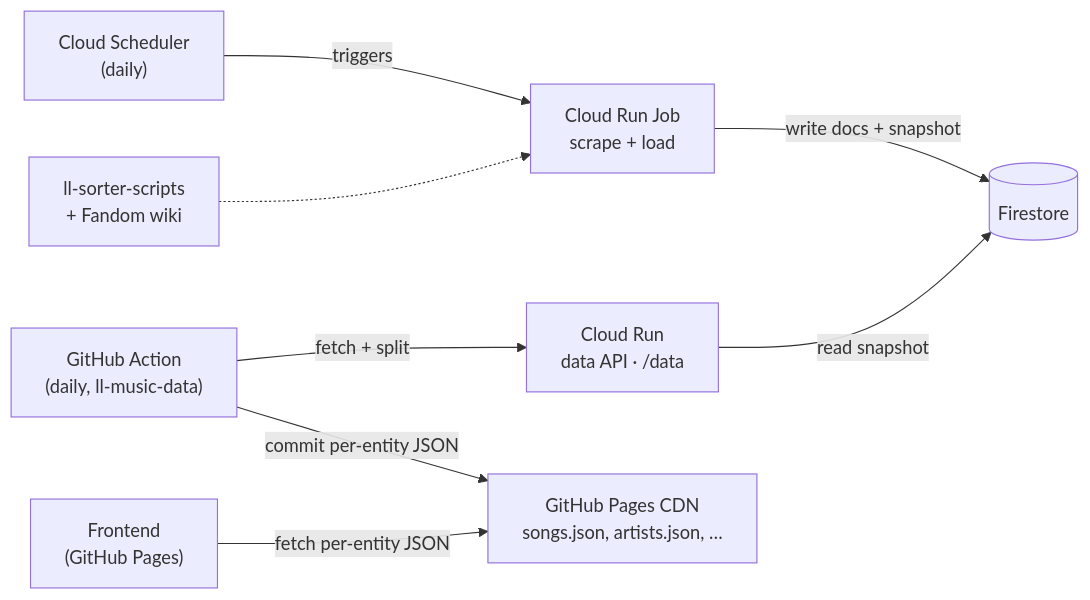
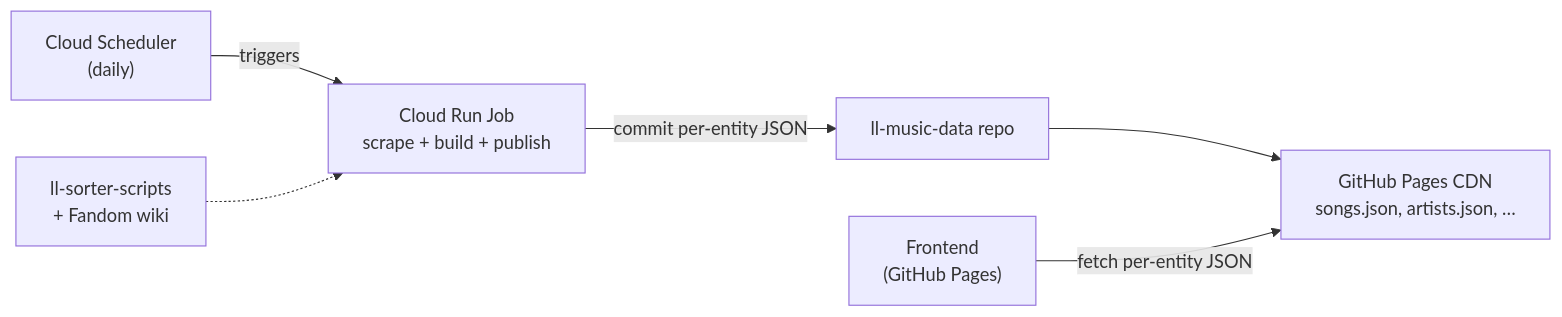
Before and after one commit to mting314/ll-music-reactions: the diagram in README.md, drawn with Mermaid. The commit also changed other lines of this file and 16 other files, not shown here.

First line of the commit message:
Publish JSON from the pipeline job; drop Firestore + data-api (#31)

````diff
--- a/README.md
+++ b/README.md
@@ -79,10 +78,8 @@
 ```mermaid
 flowchart LR
-    SCH["Cloud Scheduler<br/>(daily)"] -->|triggers| JOB["Cloud Run Job<br/>scrape + load"]
+    SCH["Cloud Scheduler<br/>(daily)"] -->|triggers| JOB["Cloud Run Job<br/>scrape + build + publish"]
     SCRIPTS["ll-sorter-scripts<br/>+ Fandom wiki"] -.-> JOB
-    JOB -->|write docs + snapshot| FS[("Firestore")]
-    API["Cloud Run<br/>data API · /data"] -->|read snapshot| FS
-    GHA["GitHub Action<br/>(daily, ll-music-data)"] -->|fetch + split| API
-    GHA -->|commit per-entity JSON| PAGES["GitHub Pages CDN<br/>songs.json, artists.json, …"]
+    JOB -->|commit per-entity JSON| REPO["ll-music-data repo"]
+    REPO --> PAGES["GitHub Pages CDN<br/>songs.json, artists.json, …"]
     WEB["Frontend<br/>(GitHub Pages)"] -->|fetch per-entity JSON| PAGES
 ```
````
